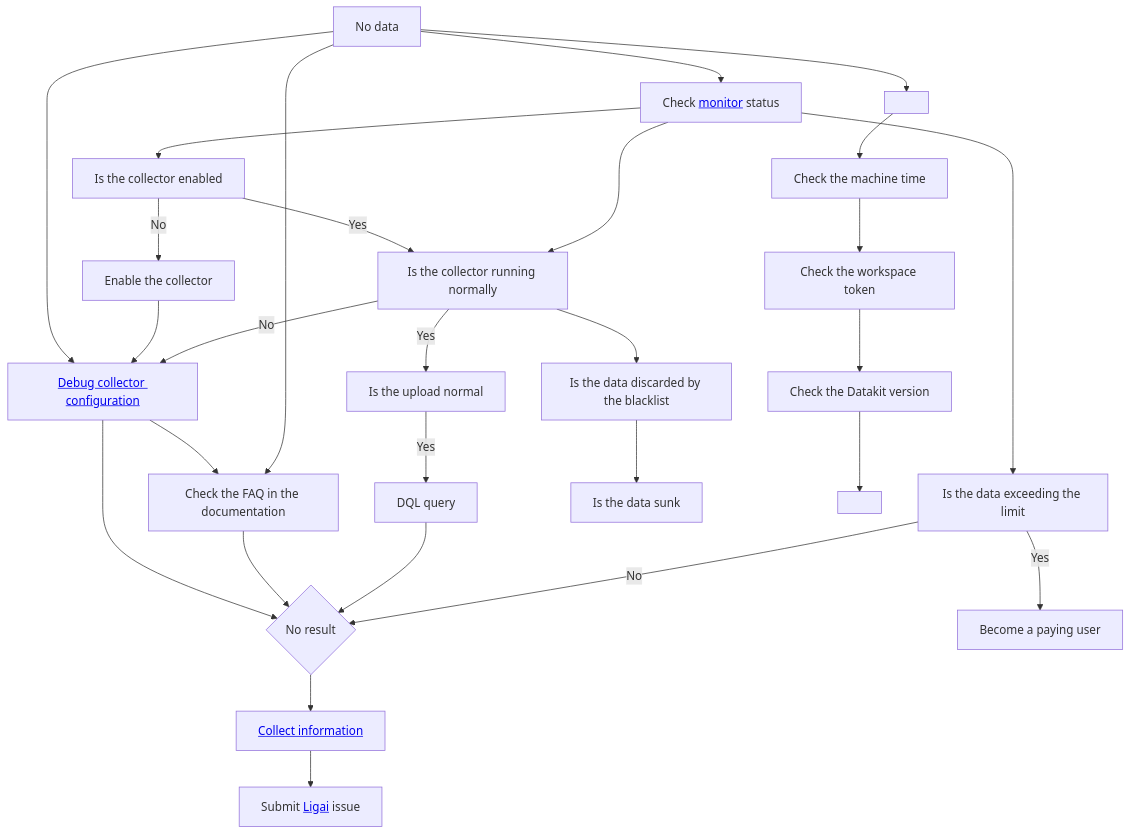
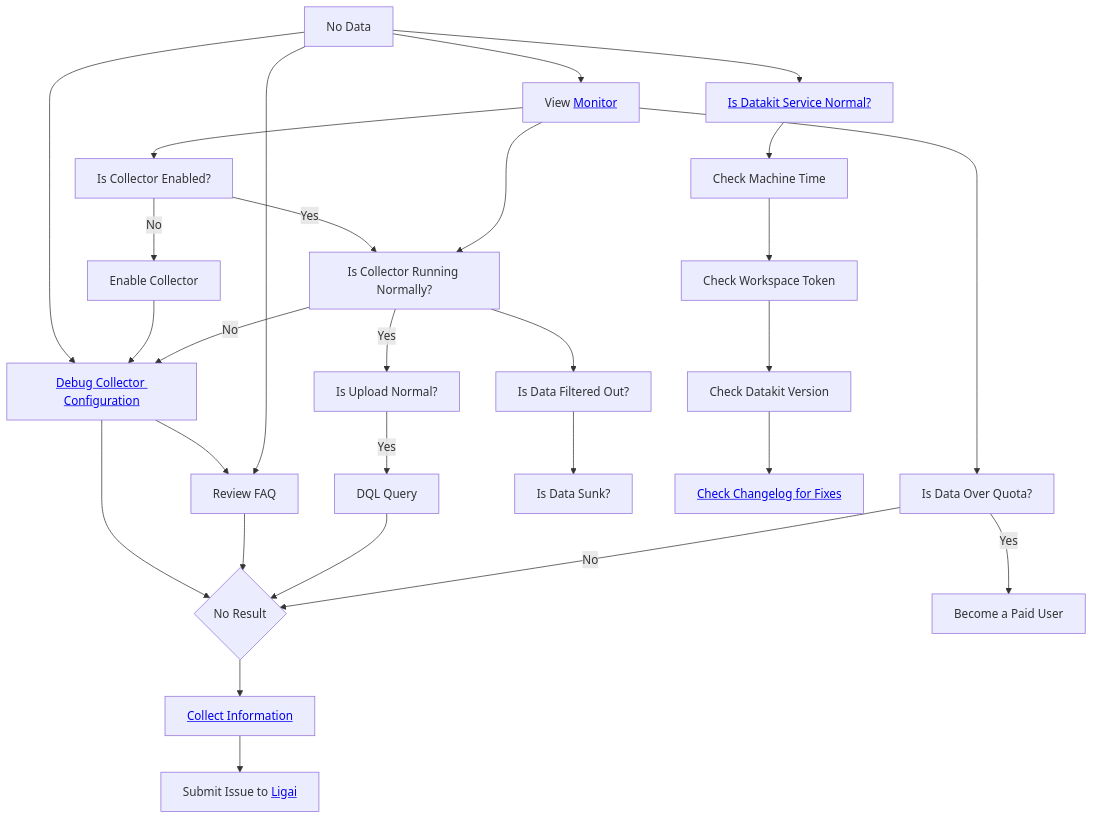
One commit to GuanceCloud/guance-docs changed the diagram in docs/en/datakit/why-no-data.md. Above: the diagram before and after it, drawn with Mermaid. The commit also changed other lines of this file and 11247 other files, not shown here.

````diff
--- a/docs/en/datakit/why-no-data.md
+++ b/docs/en/datakit/why-no-data.md
@@ -571,50 +553,50 @@
 ``` mermaid
 graph TD
   %% node definitions
-  no_data[No data];
-  debug_fail{No result};
-  monitor[Check <a href='https://docs.guance.com/datakit/datakit-monitor/'>monitor</a>  status];
-  debug_input[<a href='https://docs.guance.com/datakit/why-no-data/#check-input-conf'>Debug collector configuration</a>];
-  read_faq[Check the FAQ in the documentation];
-  dql[DQL query];
-  beyond_usage[Is the data exceeding the limit];
-  pay[Become a paying user];
-  filtered[Is the data discarded by the blacklist];
-  sinked[Is the data sunk];
-  check_time[Check the machine time];
-  check_token[Check the workspace token];
-  check_version[Check the Datakit version];
-  dk_service_ok[<a href='https://docs.guance.com/datakit/datakit-service-how-to/&#39;&gt;Is the Datakit service running normally</a>];
-  check_changelog[<a href='https://docs.guance.com/datakit/changelog&#39;&gt;Check if the issue has been fixed in the changelog</a>];
-  is_input_ok[Is the collector running normally];
-  is_input_enabled[Is the collector enabled];
-  enable_input[Enable the collector];
-  dataway_upload_ok[Is the upload normal];
-  ligai[Submit <a href='https://ligai.cn/'>Ligai</a>  issue];
+  no_data[No Data];
+  debug_fail{No Result};
+  monitor[View <a href='https://docs.guance.com/datakit/datakit-monitor/'>Monitor</a>];
+  debug_input[<a href='https://docs.guance.com/datakit/why-no-data/#check-input-conf'>Debug Collector Configuration</a>];
+  read_faq[Review FAQ];
+  dql[DQL Query];
+  beyond_usage[Is Data Over Quota?];
+  pay[Become a Paid User];
+  filtered[Is Data Filtered Out?];
+  sinked[Is Data Sunk?];
+  check_time[Check Machine Time];
+  check_token[Check Workspace Token];
+  check_version[Check Datakit Version];
+  dk_service_ok[<a href='https://docs.guance.com/datakit/datakit-service-how-to/'>Is Datakit Service Normal?</a>];
+  check_changelog[<a href='https://docs.guance.com/datakit/changelog'>Check Changelog for Fixes</a>];
+  is_input_ok[Is Collector Running Normally?];
+  is_input_enabled[Is Collector Enabled?];
+  enable_input[Enable Collector];
+  dataway_upload_ok[Is Upload Normal?];
+  ligai[Submit Issue to <a href='https://ligai.cn/'>Ligai</a>];
 
   no_data --> dk_service_ok --> check_time --> check_token --> check_version --> check_changelog;
 
   no_data --> monitor;
   no_data --> debug_input --> debug_fail;
   debug_input --> read_faq;
   no_data --> read_faq --> debug_fail;
   dql --> debug_fail;
 
   monitor --> beyond_usage -->|No| debug_fail;
   beyond_usage -->|Yes| pay;
 
   monitor --> is_input_enabled;
 
   is_input_enabled -->|Yes| is_input_ok;
   is_input_enabled -->|No| enable_input --> debug_input;
 
   monitor --> is_input_ok -->|No| debug_input;
 
   is_input_ok -->|Yes| dataway_upload_ok -->|Yes| dql;
   is_input_ok --> filtered --> sinked;
 
-  trouble_shooting[<a href='https://docs.guance.com/datakit/why-no-data/#bug-report'>Collect information</a>];
+  trouble_shooting[<a href='https://docs.guance.com/datakit/why-no-data/#bug-report'>Collect Information</a>];
 
   debug_fail --> trouble_shooting;
   trouble_shooting --> ligai;
 ```
````
